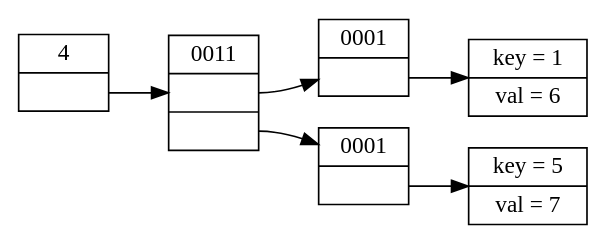
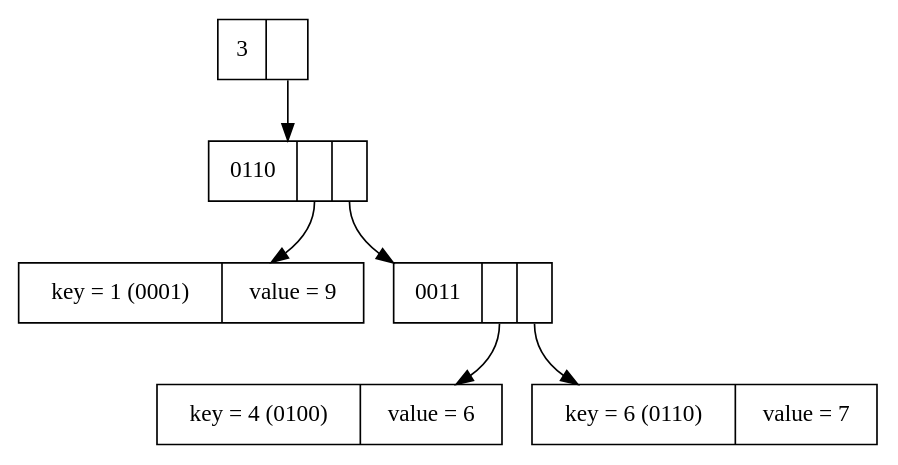
Before and after one commit to jpdarago/charla-funcional: the diagram in dot/hamt-comprimido.dot, drawn with Graphviz. The commit also changed 5 other files, not shown here.

```diff
--- a/dot/hamt-comprimido.dot
+++ b/dot/hamt-comprimido.dot
@@ -1,32 +1,31 @@
 digraph hamtcomprimido {
-   rankdir = "LR"
    root [
-        label = "4 | <f0>"
+        label = "3 | <f0>"
         shape = "record"
    ]
    node0 [
-        label = "0011 | <f0> | <f1>"
+        label = "0110 | <f0> | <f1>"
         shape = "record"
    ]
    node1 [
-        label = "0001 | <f0>"
+        label = "key = 1 (0001) | value = 9"
         shape = "record"
    ]
    node2 [
-        label = "key = 1 | val = 6"
+        label = "0011 | <f0> | <f1>" 
         shape = "record"
    ]
    node3 [
-        label = "0001 | <f0>"
+        label = "key = 4 (0100) | value = 6"
         shape = "record"
    ]
    node4 [
-        label = "key = 5 | val = 7"
+        label = "key = 6 (0110)  | value = 7"
         shape = "record"
    ]
    root:f0 -> node0;
    node0:f0 -> node1;
-   node0:f1 -> node3;
-   node1:f0 -> node2;
-   node3:f0 -> node4;
+   node0:f1 -> node2;
+   node2:f0 -> node3;
+   node2:f1 -> node4;
 }
```
